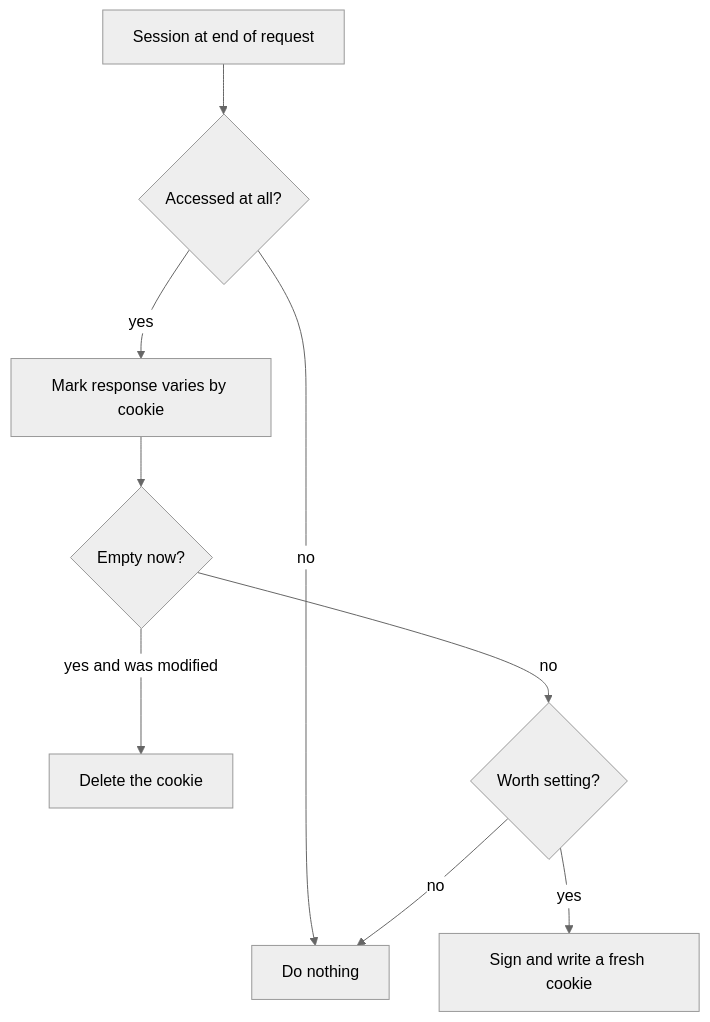
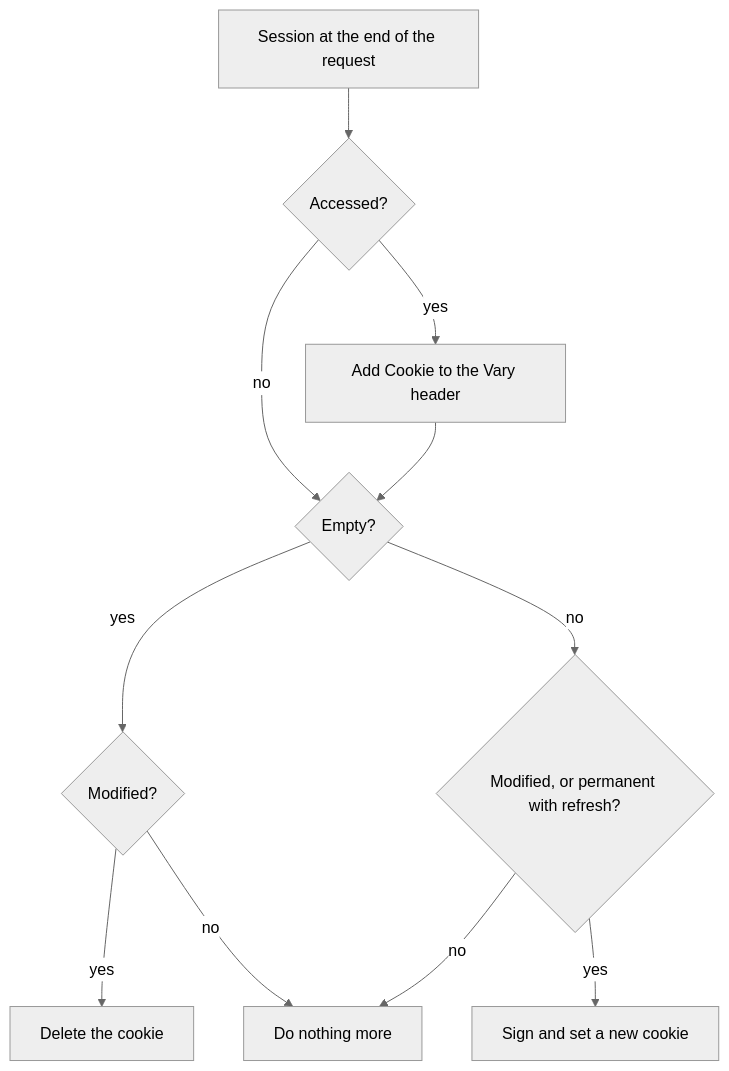
One commit to KeunwooPark/cluedoc changed the third of 3 diagrams in docs/examples/flask/.cluedoc/sessions-and-secure-cookies/README.md. Above: the diagram before and after it, drawn with Mermaid (neutral theme). The commit also changed other lines of this file and 22 other files, not shown here.

````diff
--- a/docs/examples/flask/.cluedoc/sessions-and-secure-cookies/README.md
+++ b/docs/examples/flask/.cluedoc/sessions-and-secure-cookies/README.md
@@ -69,11 +82,13 @@
 ```mermaid
 flowchart TD
-    START[Session at end of request] --> A{Accessed at all?}
-    A -->|no| DONE[Do nothing]
-    A -->|yes| V[Mark response varies by cookie]
-    V --> E{Empty now?}
-    E -->|yes and was modified| DEL[Delete the cookie]
-    E -->|no| P{Worth setting?}
-    P -->|yes| WRITE[Sign and write a fresh cookie]
-    P -->|no| DONE
+    START["Session at the end of the request"] --> A{"Accessed?"}
+    A -->|"yes"| V["Add Cookie to the Vary header"]
+    A -->|"no"| E
+    V --> E{"Empty?"}
+    E -->|"yes"| M{"Modified?"}
+    M -->|"yes"| DEL["Delete the cookie"]
+    M -->|"no"| DONE["Do nothing more"]
+    E -->|"no"| S{"Modified, or permanent with refresh?"}
+    S -->|"yes"| WRITE["Sign and set a new cookie"]
+    S -->|"no"| DONE
 ```
````
